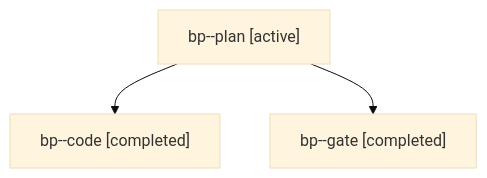
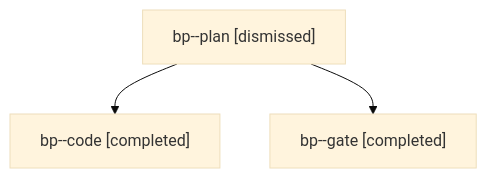
The diagram in sessions/bbugyi200.apollo.bp.md (bobs-org/bob-cli--agents), drawn with Mermaid (base theme) before and after one commit. The commit also changed other lines of this file and 17 other files, not shown here.

````diff
--- a/sessions/bbugyi200.apollo.bp.md
+++ b/sessions/bbugyi200.apollo.bp.md
@@ -9,8 +9,8 @@
 ```mermaid
 flowchart TD
-  n0["bp--plan [active]"]
+  n0["bp--plan [dismissed]"]
   n1["bp--code [completed]"]
   n0 --> n1
   n2["bp--gate [completed]"]
   n0 --> n2
 ```
````
